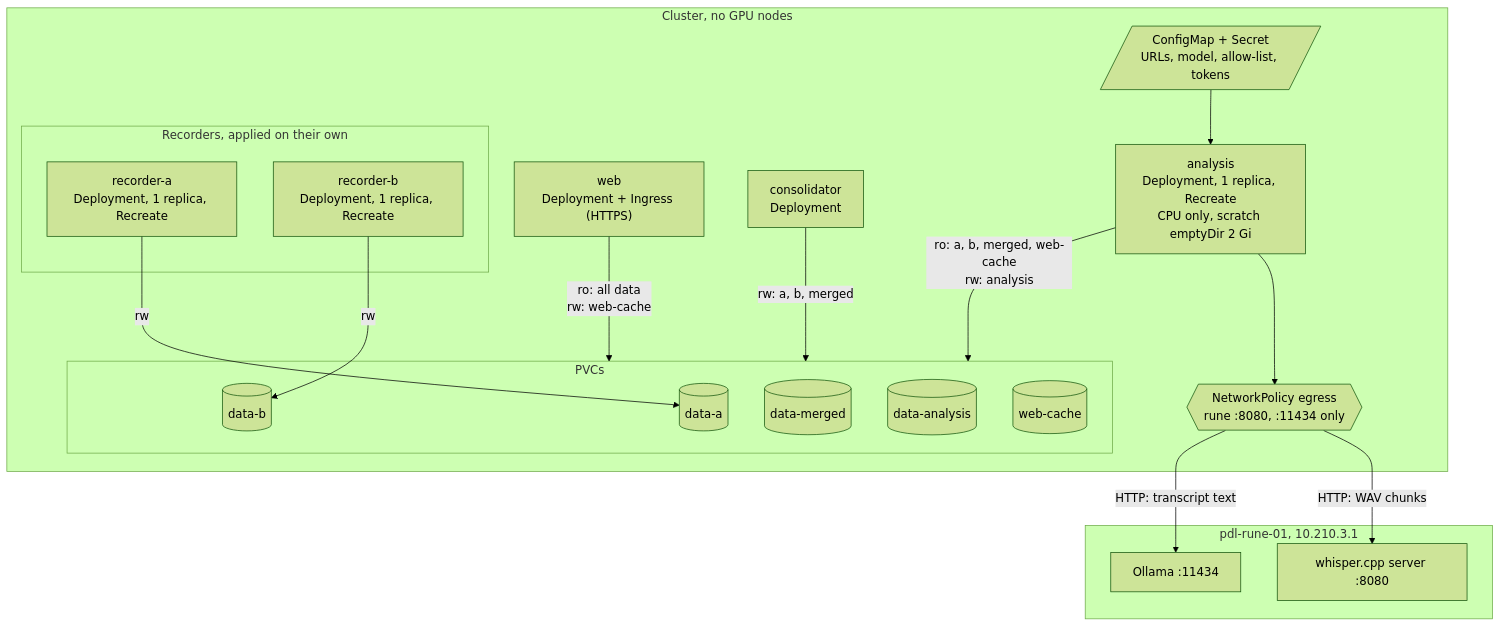
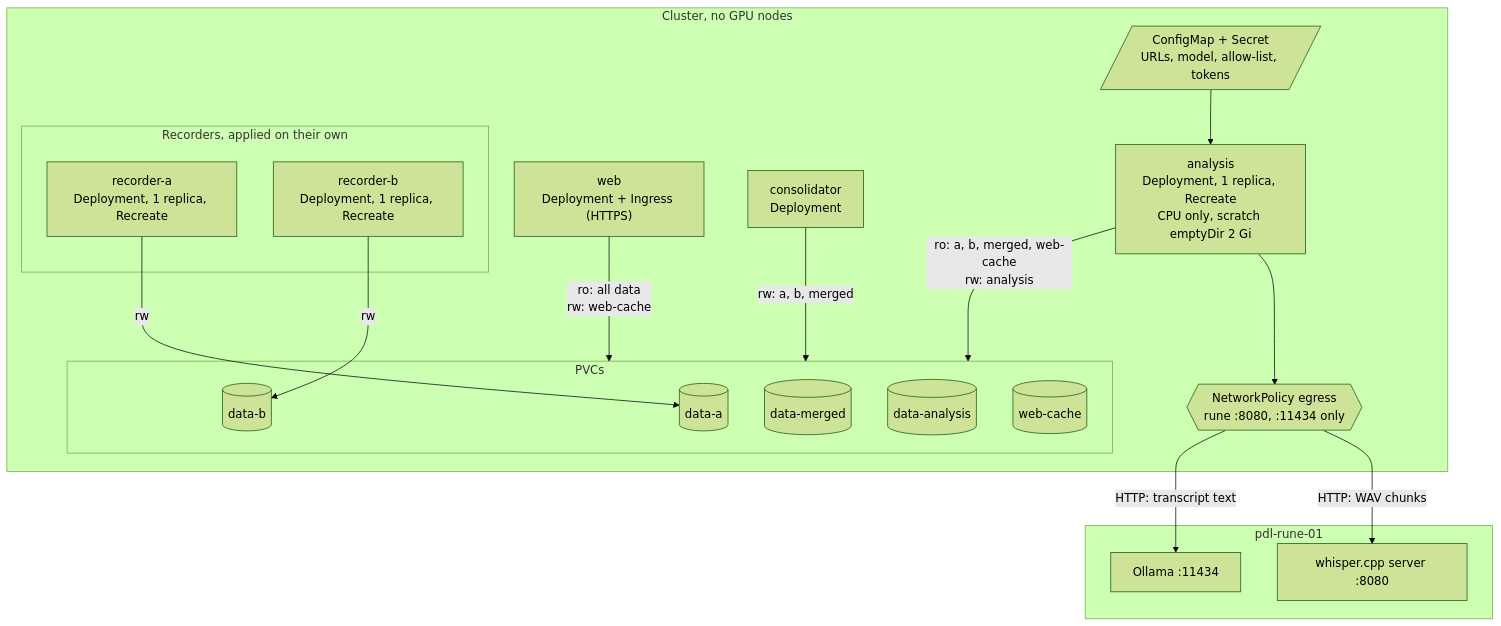
One commit to davidnmbond/WebAudioArchive changed the fourth of 6 diagrams in DESIGN.md. Above: the diagram before and after it, drawn with Mermaid (forest theme). The commit also changed other lines of this file and 12 other files, not shown here.

````diff
--- a/DESIGN.md
+++ b/DESIGN.md
@@ -201,34 +201,34 @@
 ```mermaid
 flowchart TB
   subgraph k8s["Cluster, no GPU nodes"]
     subgraph rec["Recorders, applied on their own"]
       pa["recorder-a<br/>Deployment, 1 replica, Recreate"]
       pb["recorder-b<br/>Deployment, 1 replica, Recreate"]
     end
     pw["web<br/>Deployment + Ingress (HTTPS)"]
     pc["consolidator<br/>Deployment"]
     pan["analysis<br/>Deployment, 1 replica, Recreate<br/>CPU only, scratch emptyDir 2 Gi"]
     cfg[/"ConfigMap + Secret<br/>URLs, model, allow-list, tokens"/]
     subgraph pvcs["PVCs"]
       pva[("data-a")]
       pvb[("data-b")]
       pvm[("data-merged")]
       pvan[("data-analysis")]
       pvc[("web-cache")]
     end
     np{{"NetworkPolicy egress<br/>rune :8080, :11434 only"}}
   end
-  subgraph r1["pdl-rune-01, 10.210.3.1"]
+  subgraph r1["pdl-rune-01"]
     w1["whisper.cpp server :8080"]
     o1["Ollama :11434"]
   end
   pa -- rw --> pva
   pb -- rw --> pvb
   pc -- "rw: a, b, merged" --> pvcs
   pan -- "ro: a, b, merged, web-cache<br/>rw: analysis" --> pvcs
   pw -- "ro: all data<br/>rw: web-cache" --> pvcs
   cfg --> pan
   pan --> np
   np -- "HTTP: WAV chunks" --> w1
   np -- "HTTP: transcript text" --> o1
 ```
````
